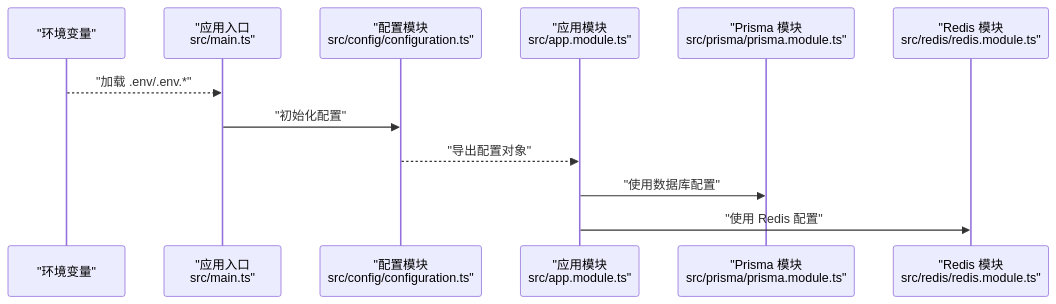
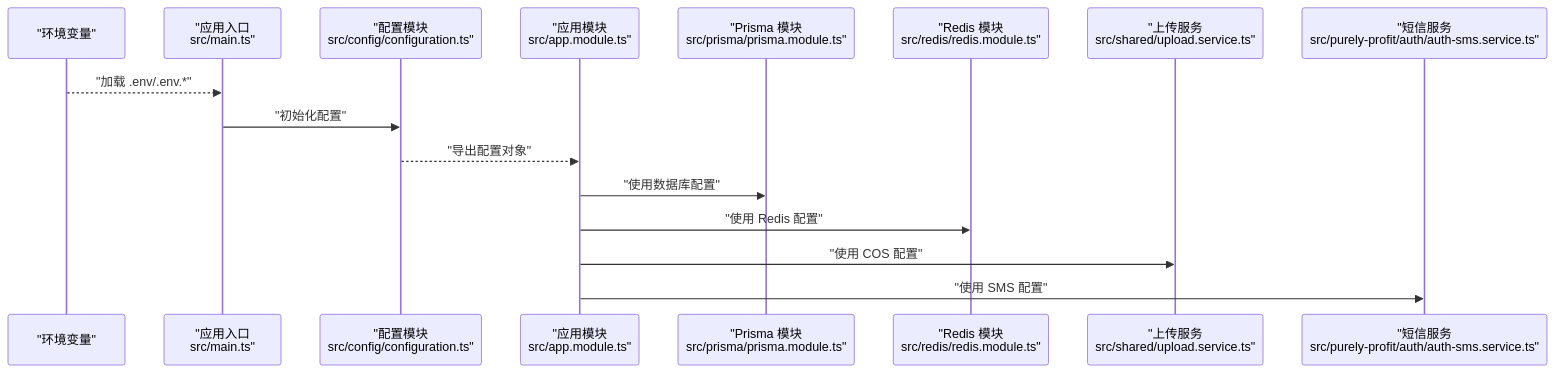
The second of 4 diagrams in .qoder/repowiki/zh/content/部署配置/环境配置管理.md (rc558620/purelyprofit-server), drawn with Mermaid before and after one commit. The commit also changed other lines of this file and 56 other files, not shown here.

````diff
--- a/.qoder/repowiki/zh/content/部署配置/环境配置管理.md
+++ b/.qoder/repowiki/zh/content/部署配置/环境配置管理.md
@@ -85,14 +109,18 @@
 ```mermaid
 sequenceDiagram
 participant Env as "环境变量"
 participant Main as "应用入口<br/>src/main.ts"
 participant Config as "配置模块<br/>src/config/configuration.ts"
 participant App as "应用模块<br/>src/app.module.ts"
 participant Prisma as "Prisma 模块<br/>src/prisma/prisma.module.ts"
 participant Redis as "Redis 模块<br/>src/redis/redis.module.ts"
+participant Upload as "上传服务<br/>src/shared/upload.service.ts"
+participant Sms as "短信服务<br/>src/purely-profit/auth/auth-sms.service.ts"
 Env-->>Main : "加载 .env/.env.*"
 Main->>Config : "初始化配置"
 Config-->>App : "导出配置对象"
 App->>Prisma : "使用数据库配置"
 App->>Redis : "使用 Redis 配置"
+App->>Upload : "使用 COS 配置"
+App->>Sms : "使用 SMS 配置"
 ```
````
